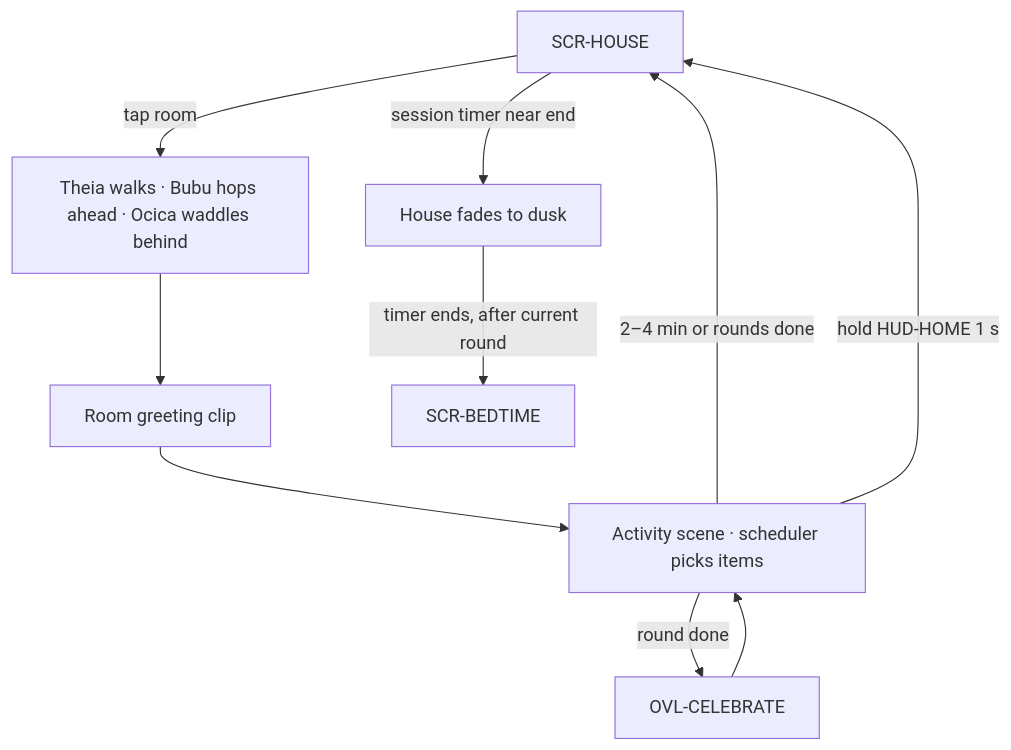
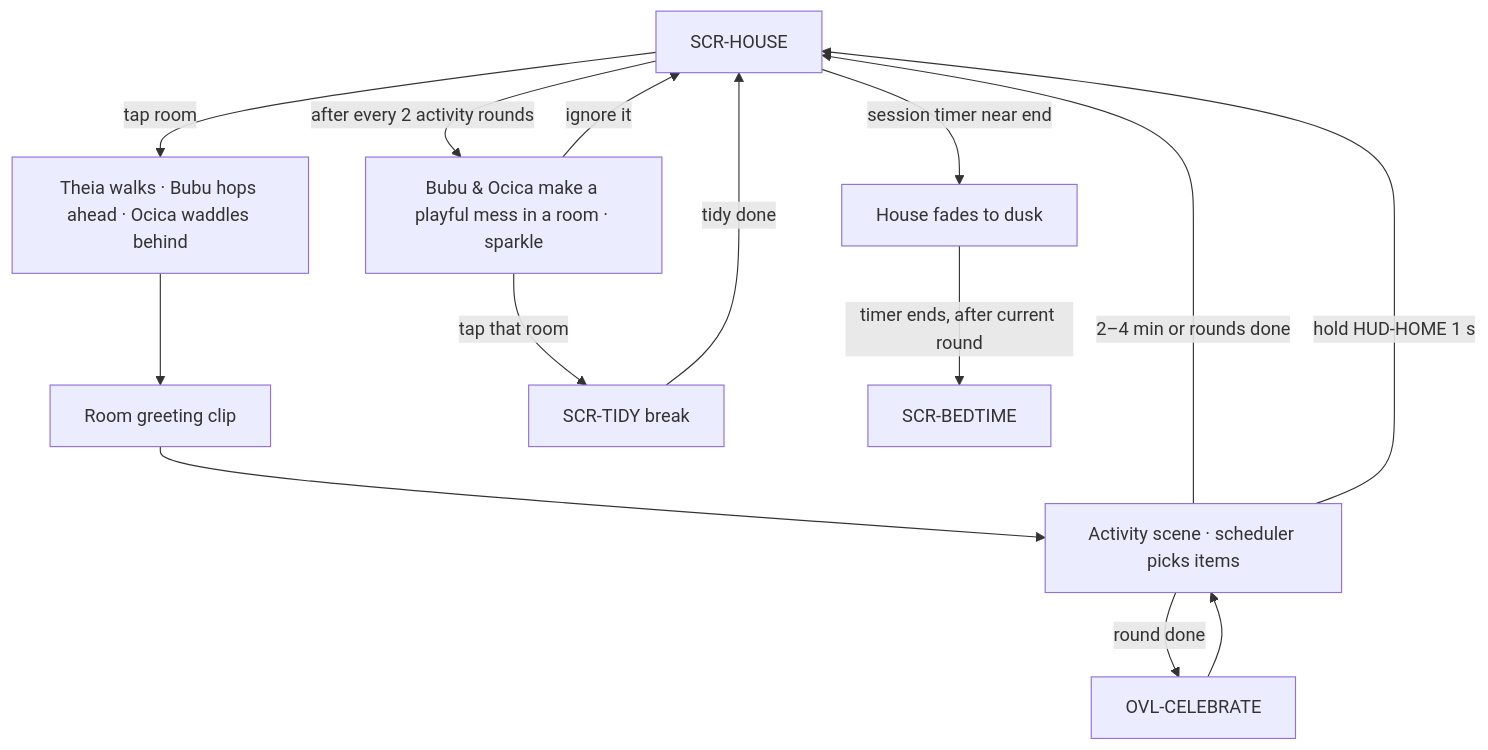
One commit to almang45/games-for-teyot changed the second of 4 diagrams in docs/PRD.md. Above: the diagram before and after it, drawn with Mermaid. The commit also changed other lines of this file and 7 other files, not shown here.

````diff
--- a/docs/PRD.md
+++ b/docs/PRD.md
@@ -127,12 +128,16 @@
 ```mermaid
 flowchart TD
   H[SCR-HOUSE] -- tap room --> W[Theia walks · Bubu hops ahead · Ocica waddles behind]
   W --> R[Room greeting clip]
   R --> A[Activity scene · scheduler picks items]
   A -- round done --> C[OVL-CELEBRATE]
   C --> A
   A -- 2–4 min or rounds done --> H
   A -- hold HUD-HOME 1 s --> H
+  H -- after every 2 activity rounds --> M[Bubu & Ocica make a playful mess in a room · sparkle]
+  M -- tap that room --> T[SCR-TIDY break]
+  T -- tidy done --> H
+  M -- ignore it --> H
   H -- session timer near end --> D[House fades to dusk]
   D -- timer ends, after current round --> B[SCR-BEDTIME]
 ```
````
